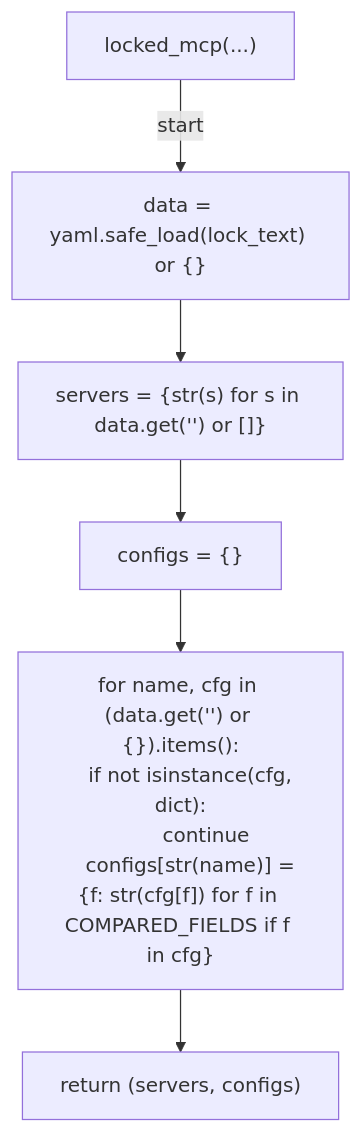
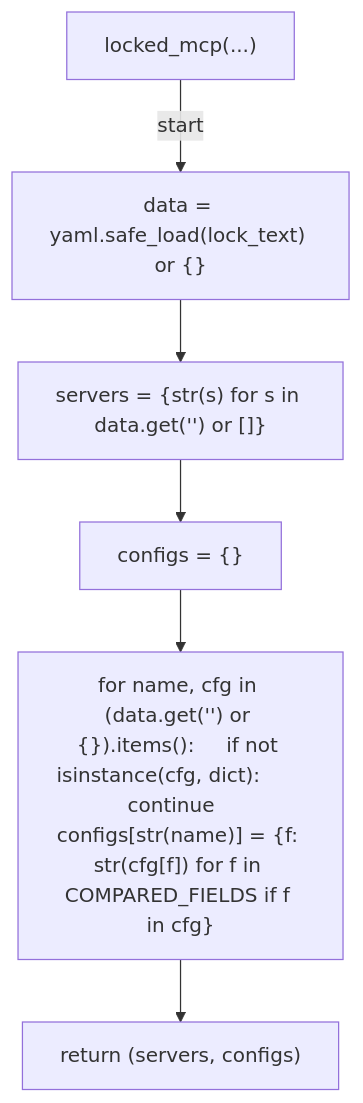
The second of 8 diagrams in docs/generated/scripts/ast/scan_apm_lock_drift.md (tvna/claude-md), drawn with Mermaid before and after one commit. The commit also changed other lines of this file and 29 other files, not shown here.

First line of the commit message:
docs(generated): regenerate decision tree and workflow diagrams (batch 3/5)

````diff
--- a/docs/generated/scripts/ast/scan_apm_lock_drift.md
+++ b/docs/generated/scripts/ast/scan_apm_lock_drift.md
@@ -28,17 +24,14 @@
 ```mermaid
 flowchart TD
     N001["locked_mcp(...)"]
     N002["data = yaml.safe_load(lock_text) or {}"]
     N003["servers = {str(s) for s in data.get('<str>') or []}"]
     N004["configs = {}"]
-    N005["for name, cfg in (data.get('<str>') or {}).items():
-    if not isinstance(cfg, dict):
-        continue
-    configs[str(name)] = {f: str(cfg[f]) for f in COMPARED_FIELDS if f in cfg}"]
+    N005["for name, cfg in (data.get('<str>') or {}).items():     if not isinstance(cfg, dict):         continue     configs[str(name)] = {f: str(cfg[f]) for f in COMPARED_FIELDS if f in cfg}"]
     N006["return (servers, configs)"]
     N001 -->|"start"| N002
     N002 --> N003
     N003 --> N004
     N004 --> N005
     N005 --> N006
 ```
````
